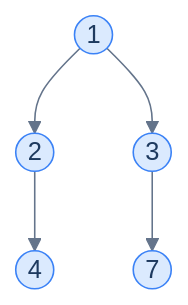
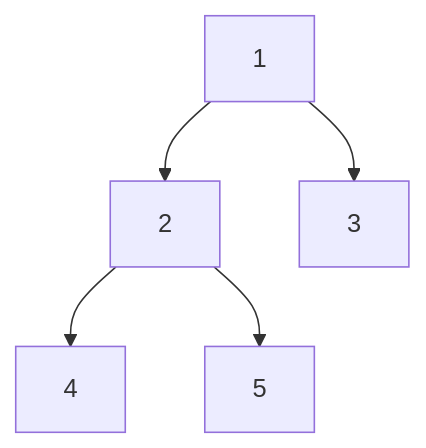
One commit to ani2fun/codefolio changed the diagram in content/cortex/data-structures-and-algorithms/03-trees/01-binary-tree/04-recursive-traversals-in-binary-trees.md. Above: the diagram before and after it, drawn with Mermaid. The commit also changed other lines of this file and 1049 other files, not shown here.

````diff
--- a/content/cortex/data-structures-and-algorithms/03-trees/01-binary-tree/04-recursive-traversals-in-binary-trees.md
+++ b/content/cortex/data-structures-and-algorithms/03-trees/01-binary-tree/04-recursive-traversals-in-binary-trees.md
@@ -97,23 +66,12 @@
 ```mermaid
----
-config:
-  theme: base
-  themeVariables:
-    primaryColor: "#dbeafe"
-    primaryBorderColor: "#3b82f6"
-    primaryTextColor: "#1e3a5f"
-    lineColor: "#64748b"
-    secondaryColor: "#ede9fe"
-    tertiaryColor: "#fef9c3"
----
 flowchart TB
-    R((1))
-    A((2))
-    B((3))
-    C((4))
-    D((7))
-    R --> A
-    R --> B
-    A --> C
-    B --> D
+  A["1"]
+  B["2"]
+  C["3"]
+  D["4"]
+  E["5"]
+  A --> B
+  A --> C
+  B --> D
+  B --> E
 ```
````
